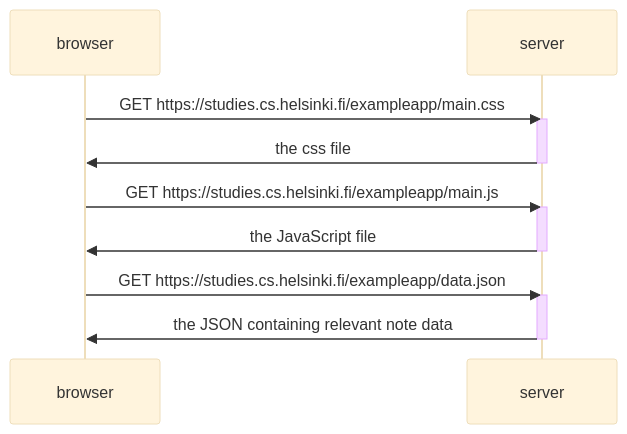
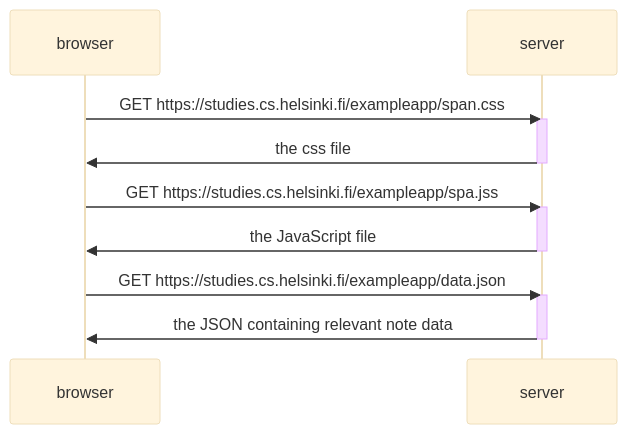
Before and after one commit to BiggestGit/FullStack2026: the diagram in part0/0.5-mermaid-enter-single-page-app.md, drawn with Mermaid (base theme). The commit also changed 2 other files, not shown here.

Commit message:
made an effort despite myself

````diff
--- a/part0/0.5-mermaid-enter-single-page-app.md
+++ b/part0/0.5-mermaid-enter-single-page-app.md
@@ -1,20 +1,20 @@
 ```mermaid
   sequenceDiagram
     participant browser
     participant server
 
-    browser->>server: GET https://studies.cs.helsinki.fi/exampleapp/main.css 
+    browser->>server: GET https://studies.cs.helsinki.fi/exampleapp/span.css 
     activate server
     server->>browser: the css file
     deactivate server
 
-    browser->>server: GET https://studies.cs.helsinki.fi/exampleapp/main.js 
+    browser->>server: GET https://studies.cs.helsinki.fi/exampleapp/spa.jss 
     activate server
     server->>browser: the JavaScript file
     deactivate server
 
     browser->>server: GET https://studies.cs.helsinki.fi/exampleapp/data.json
     activate server
     server->>browser: the JSON containing relevant note data
     deactivate server
 ```
````
